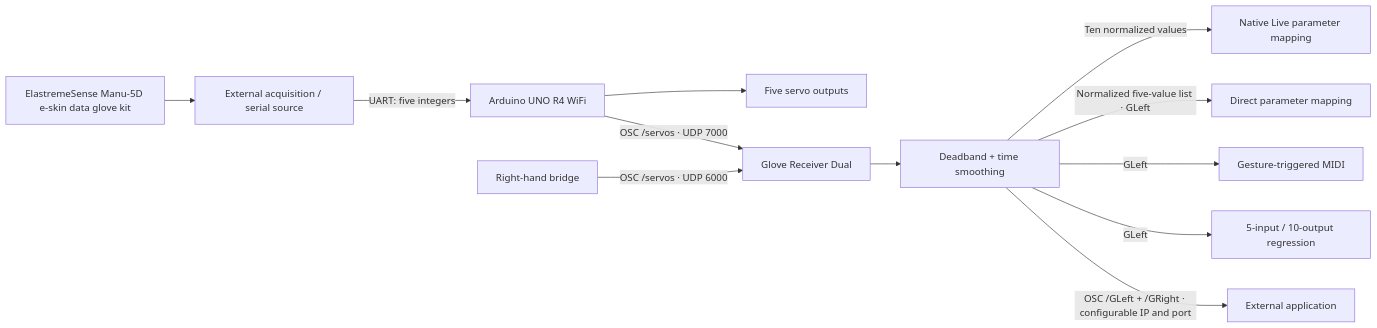
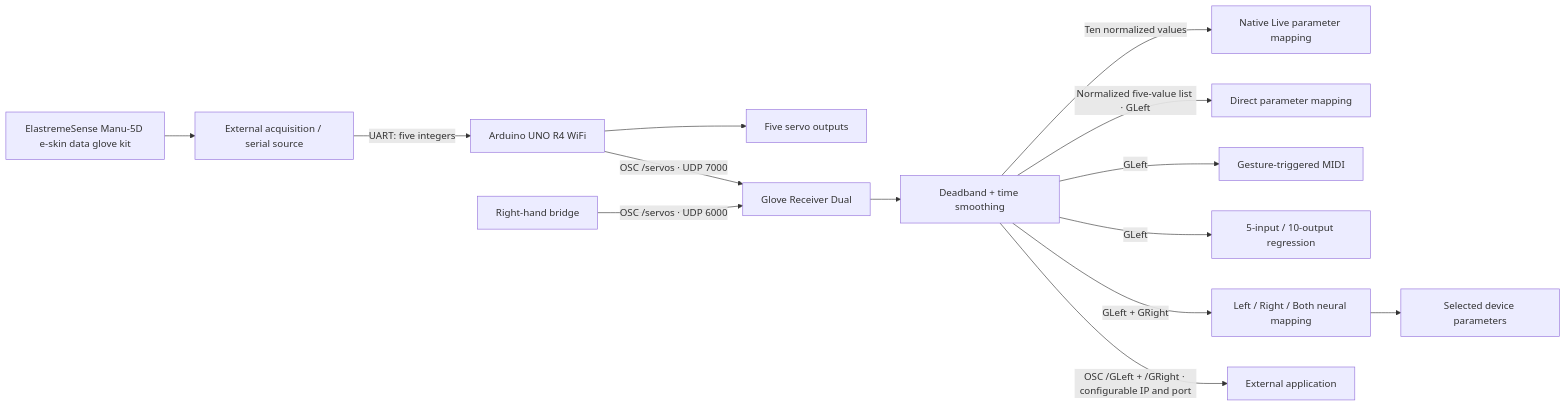
One commit to lingyuanyangg/glove-system changed the diagram in README.md. Above: the diagram before and after it, drawn with Mermaid. The commit also changed other lines of this file and 19 other files, not shown here.

````diff
--- a/README.md
+++ b/README.md
@@ -9,14 +11,16 @@
 ```mermaid
 flowchart LR
     G[ElastremeSense Manu-5D e-skin data glove kit] --> I[External acquisition / serial source]
     I -->|UART: five integers| A[Arduino UNO R4 WiFi]
     A --> S[Five servo outputs]
     A -->|OSC /servos · UDP 7000| R[Glove Receiver Dual]
     A2[Right-hand bridge] -->|OSC /servos · UDP 6000| R
     R --> F[Deadband + time smoothing]
     F -->|Ten normalized values| L[Native Live parameter mapping]
     F -->|Normalized five-value list · GLeft| D[Direct parameter mapping]
     F -->|GLeft| B[Gesture-triggered MIDI]
     F -->|GLeft| M[5-input / 10-output regression]
+    F -->|GLeft + GRight| N[Left / Right / Both neural mapping]
+    N --> P[Selected device parameters]
     F -->|OSC /GLeft + /GRight · configurable IP and port| X[External application]
 ```
````
